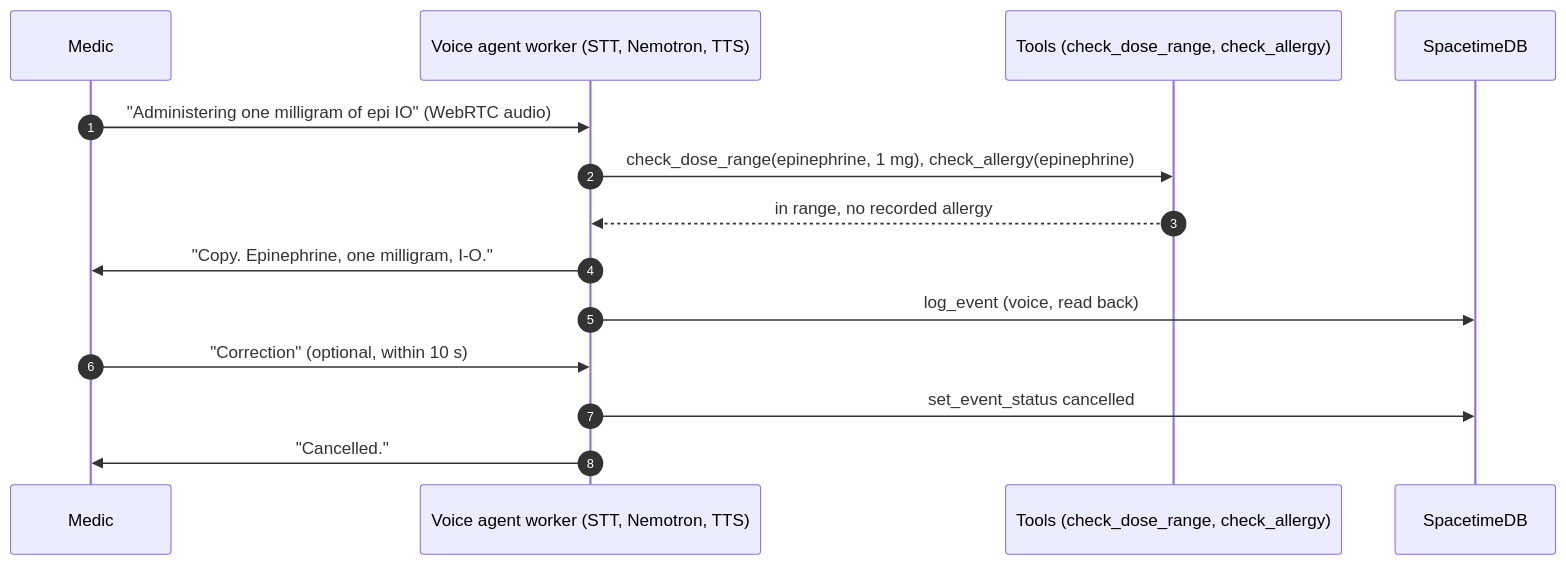
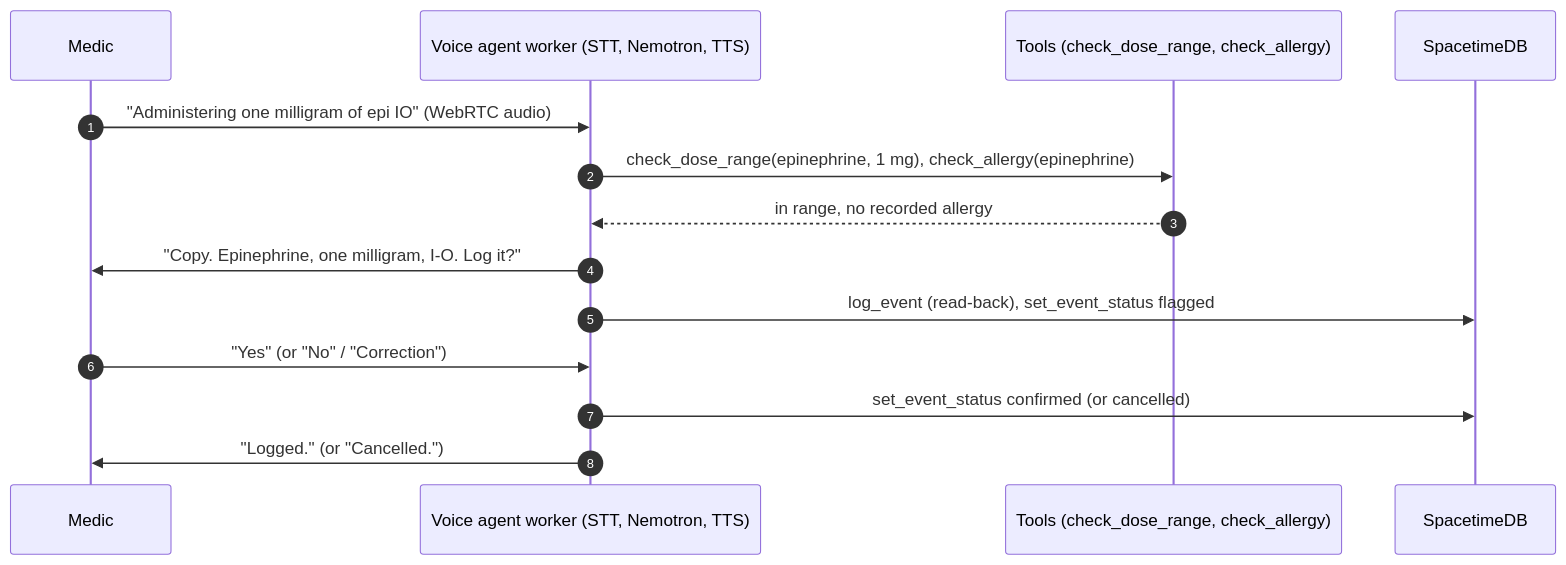
One commit to rishi-golla/hackutd26 changed the fourth of 11 diagrams in docs/context/SPEC.md. Above: the diagram before and after it, drawn with Mermaid. The commit also changed other lines of this file and 1 other file, not shown here.

First line of the commit message:
docs(spec): decision 21, the voice agent confirms before it logs and helps unasked

````diff
--- a/docs/context/SPEC.md
+++ b/docs/context/SPEC.md
@@ -1353,16 +1385,16 @@
 ```mermaid
 sequenceDiagram
   autonumber
   participant M as Medic
   participant V as Voice agent worker (STT, Nemotron, TTS)
   participant T as Tools (check_dose_range, check_allergy)
   participant S as SpacetimeDB
   M->>V: "Administering one milligram of epi IO" (WebRTC audio)
   V->>T: check_dose_range(epinephrine, 1 mg), check_allergy(epinephrine)
   T-->>V: in range, no recorded allergy
-  V->>M: "Copy. Epinephrine, one milligram, I-O."
-  V->>S: log_event (voice, read back)
-  M->>V: "Correction" (optional, within 10 s)
-  V->>S: set_event_status cancelled
-  V->>M: "Cancelled."
+  V->>M: "Copy. Epinephrine, one milligram, I-O. Log it?"
+  V->>S: log_event (read-back), set_event_status flagged
+  M->>V: "Yes" (or "No" / "Correction")
+  V->>S: set_event_status confirmed (or cancelled)
+  V->>M: "Logged." (or "Cancelled.")
 ```
````
